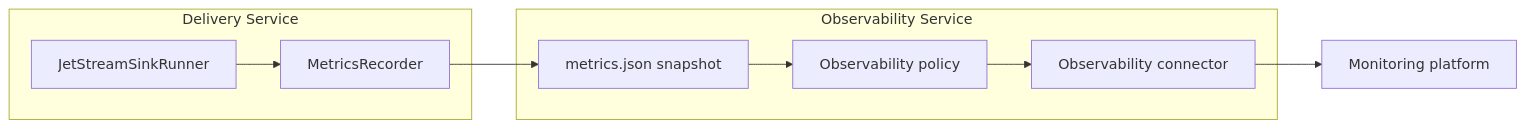
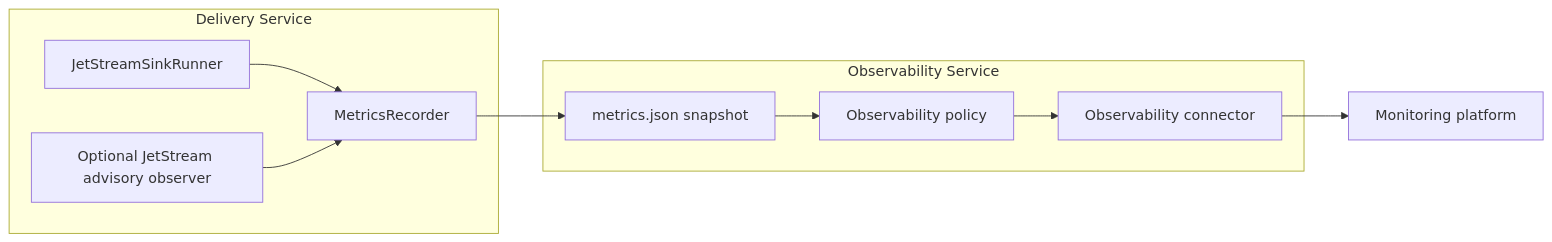
Before and after one commit to ProjectCuillin/nats-sinks: the first of 4 diagrams in docs/observability.md, drawn with Mermaid. The commit also changed other lines of this file and 27 other files, not shown here.

Commit message:
Add JetStream advisory observation

````diff
--- a/docs/observability.md
+++ b/docs/observability.md
@@ -61,19 +64,21 @@
 ```mermaid
 flowchart LR
     R[JetStreamSinkRunner] --> M[MetricsRecorder]
+    A[Optional JetStream advisory observer] --> M
     M --> J[metrics.json snapshot]
     J --> P[Observability policy]
     P --> C[Observability connector]
     C --> O[Monitoring platform]
 
     subgraph Delivery Service
         R
+        A
         M
     end
 
     subgraph Observability Service
         J
         P
         C
     end
 ```
````
